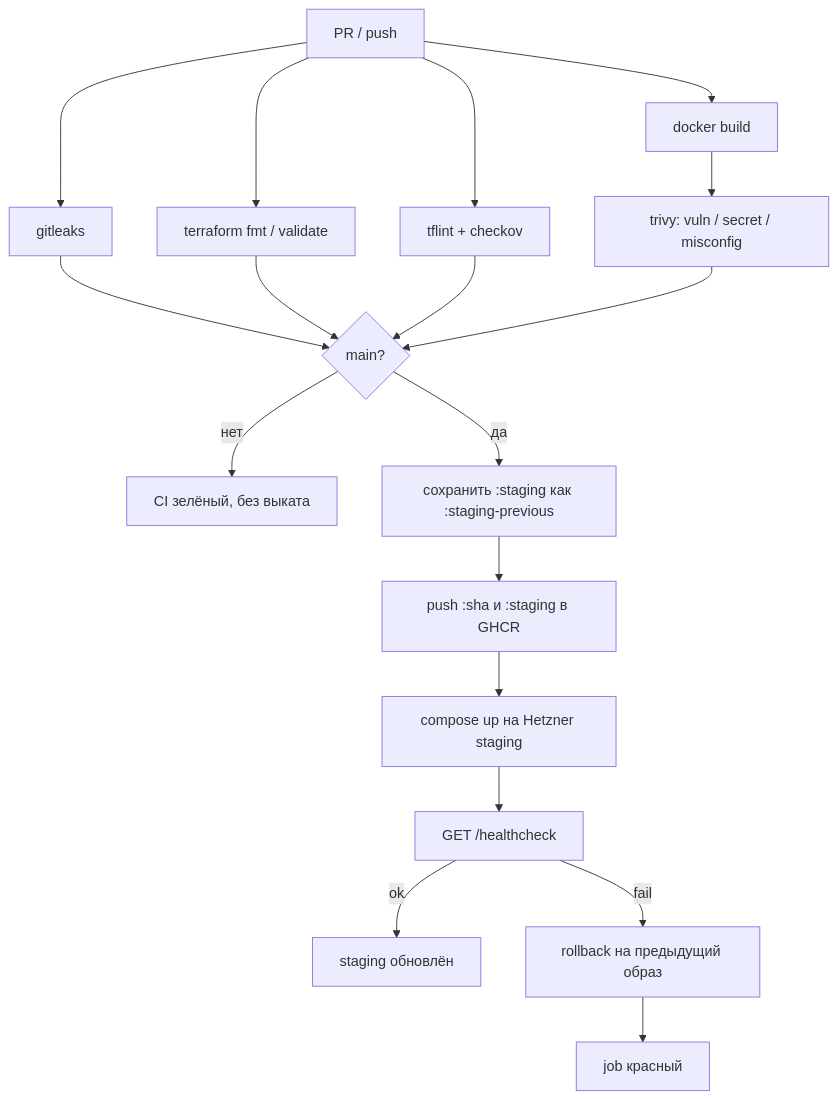
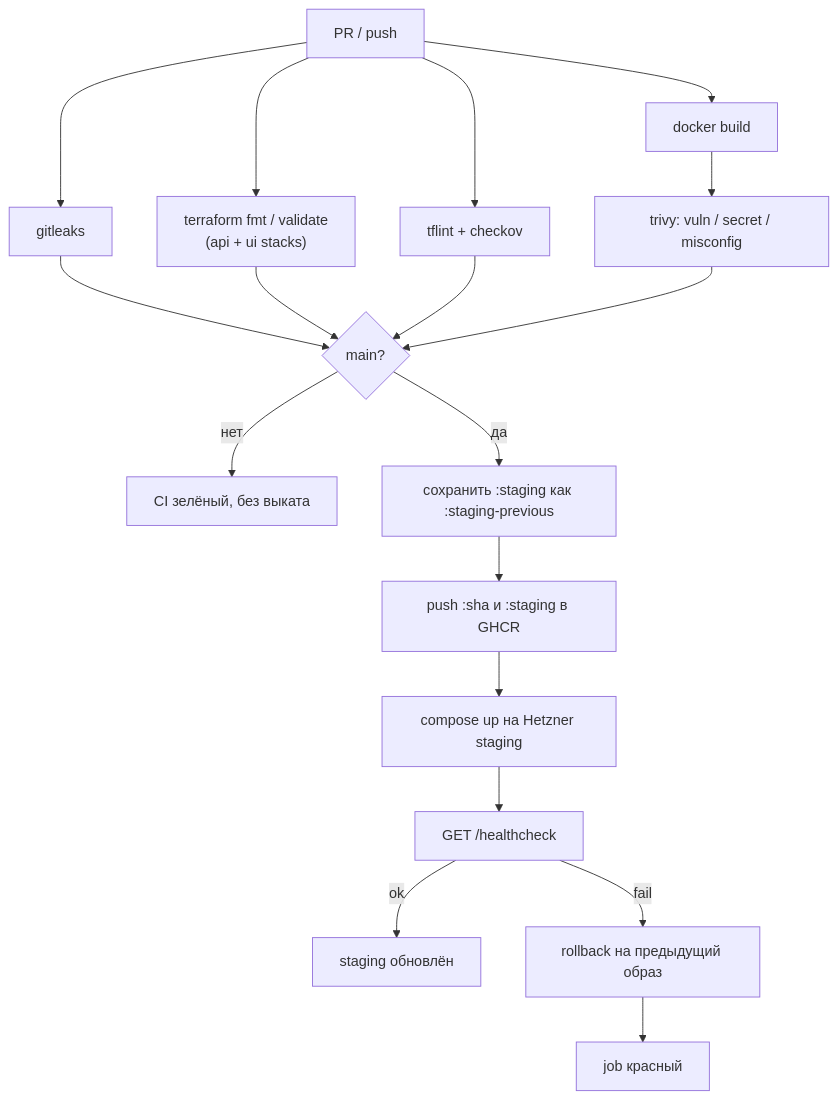
One commit to larchanka-training/dmc-268-api-t6 changed the diagram in docs/CICD.md. Above: the diagram before and after it, drawn with Mermaid. The commit also changed other lines of this file and 32 other files, not shown here.

First line of the commit message:
Centralize staging infrastructure in api-staging and ui-staging stacks.

````diff
--- a/docs/CICD.md
+++ b/docs/CICD.md
@@ -15,20 +15,20 @@
 ```mermaid
 flowchart TD
   pr["PR / push"] --> secrets["gitleaks"]
-  pr --> tf["terraform fmt / validate"]
+  pr --> tf["terraform fmt / validate\n(api + ui stacks)"]
   pr --> lint["tflint + checkov"]
   pr --> build["docker build"]
   build --> scan["trivy: vuln / secret / misconfig"]
   secrets --> gate{"main?"}
   tf --> gate
   lint --> gate
   scan --> gate
   gate -->|нет| stop["CI зелёный, без выката"]
   gate -->|да| prev["сохранить :staging как :staging-previous"]
   prev --> push["push :sha и :staging в GHCR"]
   push --> deploy["compose up на Hetzner staging"]
   deploy --> health["GET /healthcheck"]
   health -->|ok| done["staging обновлён"]
   health -->|fail| rb["rollback на предыдущий образ"]
   rb --> fail["job красный"]
 ```
````
